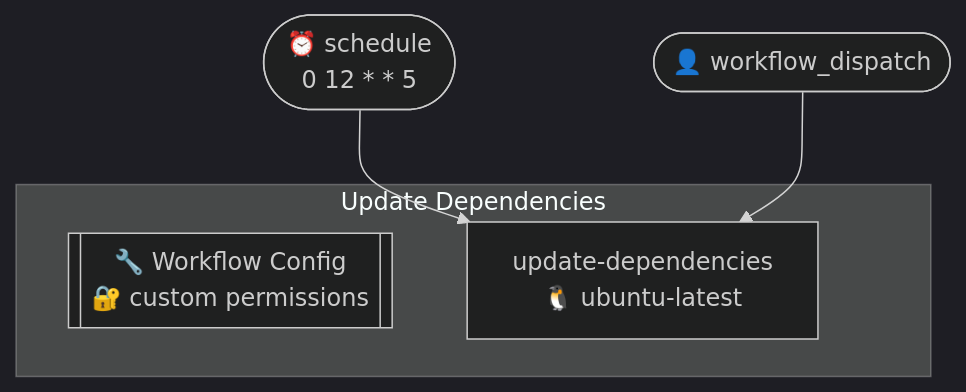
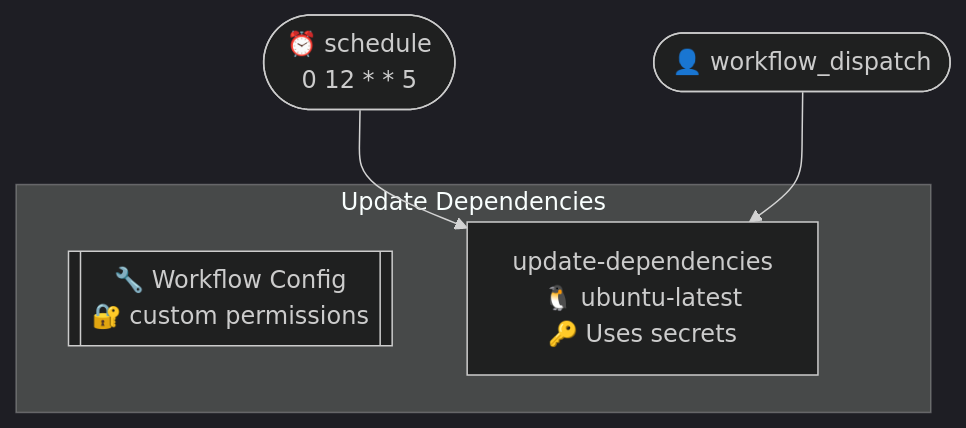
One commit to http4k/typeflows changed the first of 2 diagrams in .github/typeflows/update-dependencies/README.md. Above: the diagram before and after it, drawn with Mermaid (dark theme). The commit also changed other lines of this file and 3 other files, not shown here.

````diff
--- a/.github/typeflows/update-dependencies/README.md
+++ b/.github/typeflows/update-dependencies/README.md
@@ -3,12 +3,12 @@
 ```mermaid
 %%{init: {"flowchart": {"curve": "basis"}}}%%
 flowchart TD
     schedule(["⏰ schedule<br/>0 12 * * 5"])
     workflowdispatch(["👤 workflow_dispatch"])
     subgraph updatedependenciesyml["Update Dependencies"]
         updatedependenciesyml_metadata[["🔧 Workflow Config<br/>🔐 custom permissions"]]
-        updatedependenciesyml_updatedependencies["update-dependencies<br/>🐧 ubuntu-latest"]
+        updatedependenciesyml_updatedependencies["update-dependencies<br/>🐧 ubuntu-latest<br/>🔑 Uses secrets"]
     end
     schedule --> updatedependenciesyml_updatedependencies
     workflowdispatch --> updatedependenciesyml_updatedependencies
 ```
````
